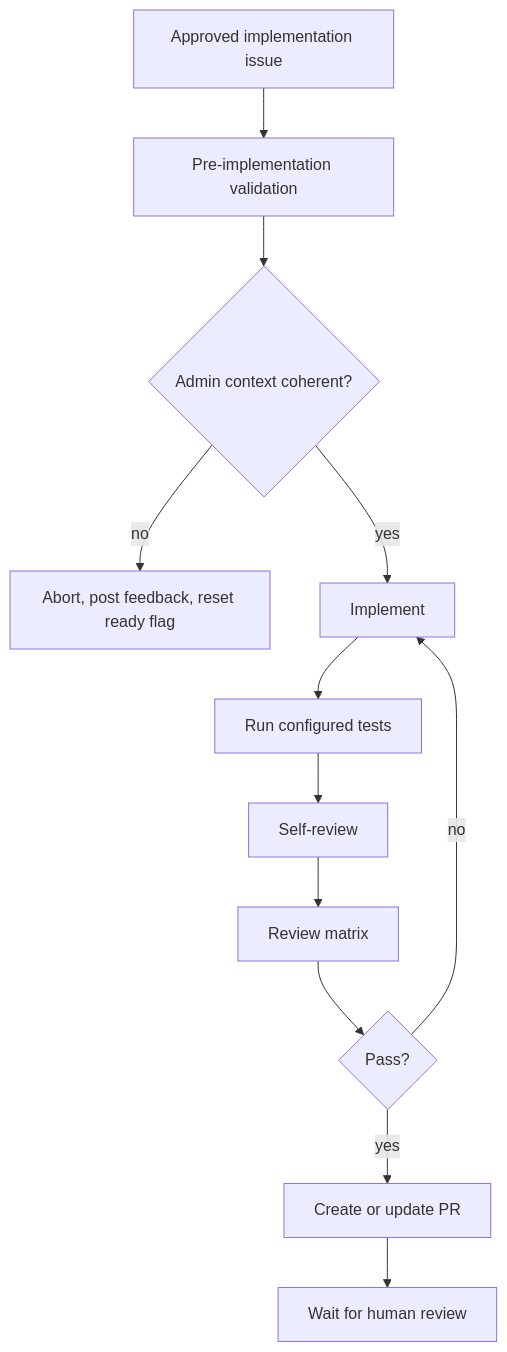
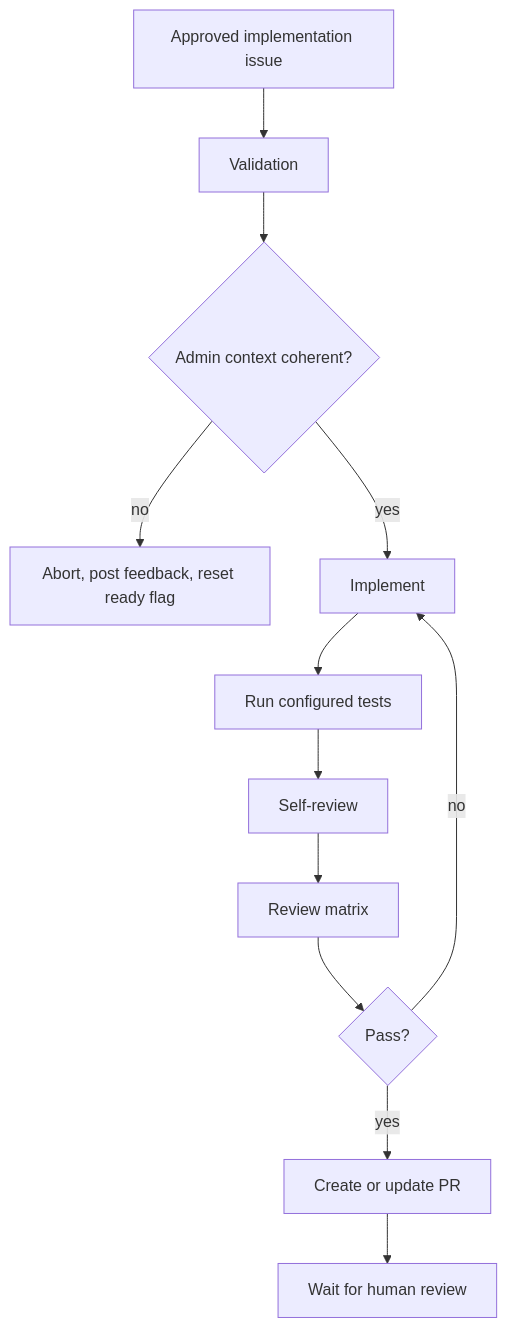
The second of 5 diagrams in docs/WORKFLOW.md (markhuangai/git-vibe), drawn with Mermaid before and after one commit. The commit also changed other lines of this file and 2 other files, not shown here.

Commit message:
docs: rename validation stage references

````diff
--- a/docs/WORKFLOW.md
+++ b/docs/WORKFLOW.md
@@ -108,14 +108,14 @@
 ```mermaid
 flowchart TD
-  A[Approved implementation issue] --> B[Pre-implementation validation]
+  A[Approved implementation issue] --> B[Validation]
   B --> C{Admin context coherent?}
   C -->|no| D[Abort, post feedback, reset ready flag]
   C -->|yes| E[Implement]
   E --> F[Run configured tests]
   F --> G[Self-review]
   G --> H[Review matrix]
   H --> I{Pass?}
   I -->|no| E
   I -->|yes| J[Create or update PR]
   J --> K[Wait for human review]
 ```
````
